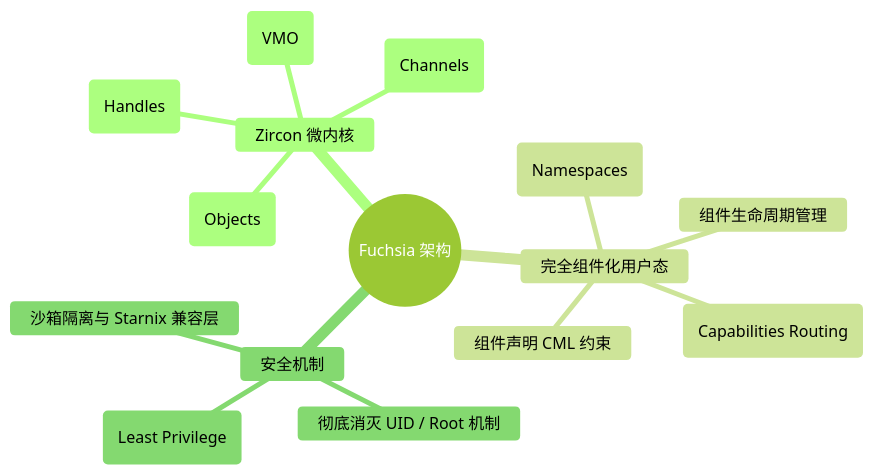
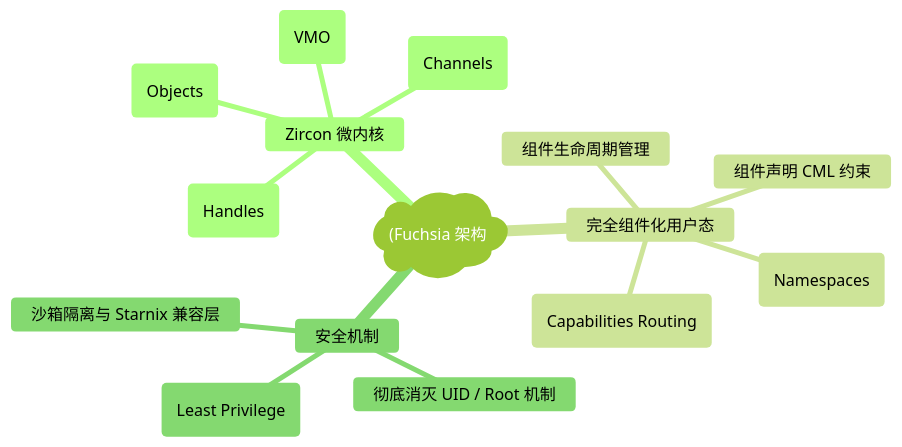
One commit to koosai/AI-Architect-Learning changed the second of 8 diagrams in docs/atlas/fuchsia.mdx. Above: the diagram before and after it, drawn with Mermaid (forest theme). The commit also changed 187 other files, not shown here.

Commit message:
fix(mermaid): fix all unquoted parens and edge label syntax errors across all docs

````diff
--- a/docs/atlas/fuchsia.mdx
+++ b/docs/atlas/fuchsia.mdx
@@ -74,18 +74,18 @@
 ```mermaid
 mindmap
-  root((Fuchsia 架构))
+  root("(Fuchsia 架构"))
     Zircon 微内核
       内核对象 (Objects)
       能力句柄 (Handles)
       虚拟内存对象 (VMO)
       极速通道 IPC (Channels)
     完全组件化用户态
       组件声明 CML 约束
       私有命名空间 (Namespaces)
       能力路由 (Capabilities Routing)
       组件生命周期管理
     安全机制
       彻底消灭 UID / Root 机制
       最小特权原则 (Least Privilege)
       沙箱隔离与 Starnix 兼容层
 ```
````
